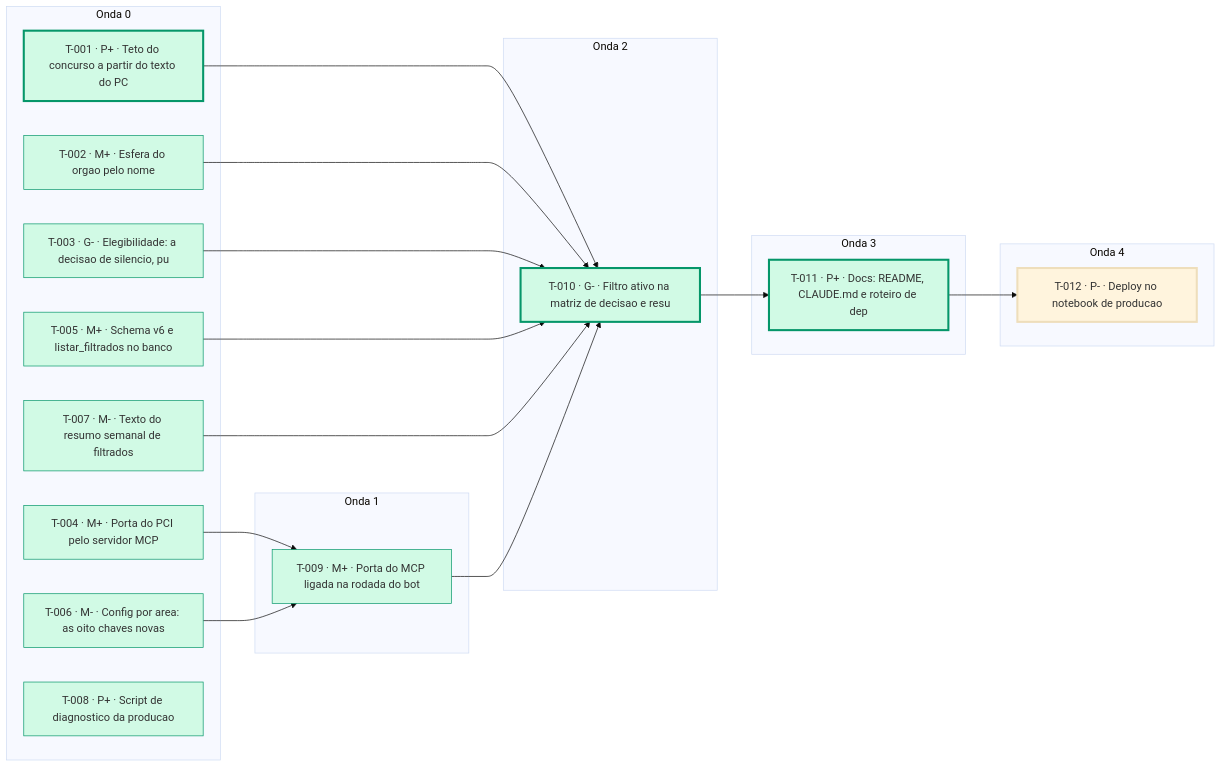
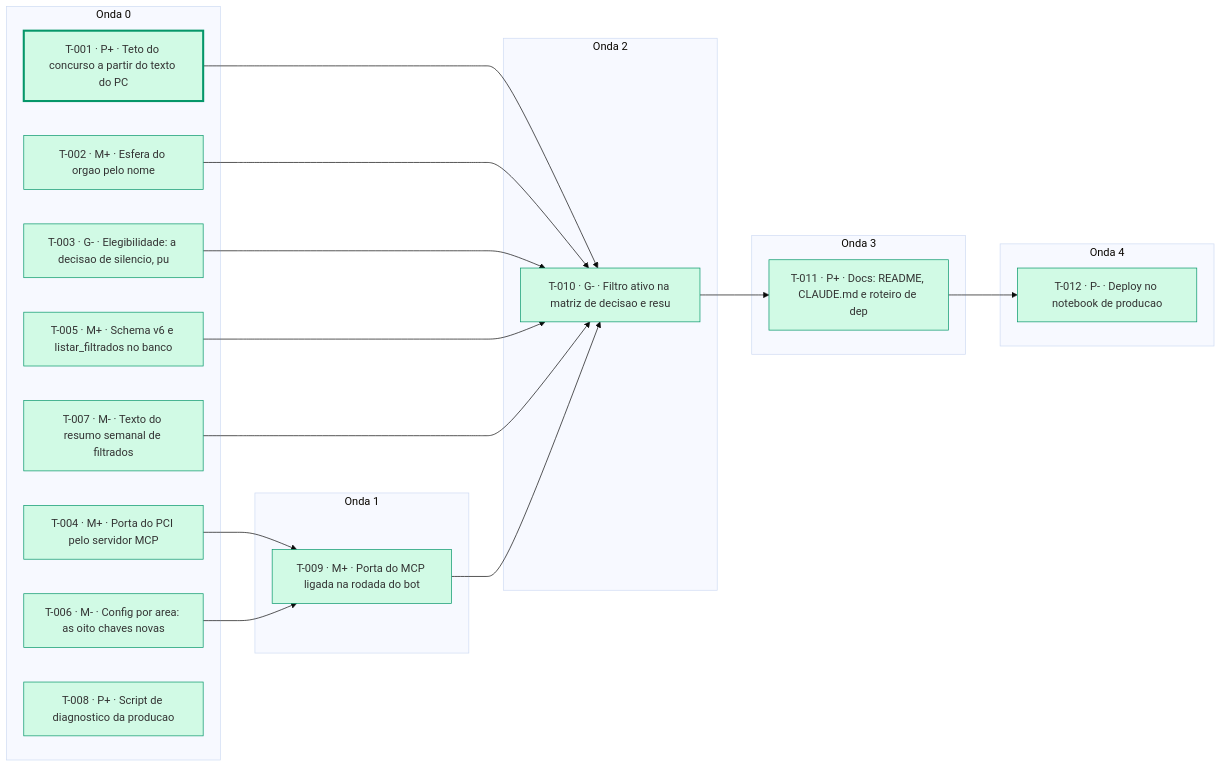
One commit to lucasmsorrentino/monitor_concursos_ti changed the diagram in kanban/MAPA.md. Above: the diagram before and after it, drawn with Mermaid (base theme). The commit also changed other lines of this file and 4 other files, not shown here.

````diff
--- a/kanban/MAPA.md
+++ b/kanban/MAPA.md
@@ -71,39 +67,39 @@
 ```mermaid
 graph LR
   subgraph O0["Onda 0"]
     T001["T-001 · P+ · Teto do concurso a partir do texto do PC"]
     T002["T-002 · M+ · Esfera do orgao pelo nome"]
     T003["T-003 · G- · Elegibilidade: a decisao de silencio, pu"]
     T004["T-004 · M+ · Porta do PCI pelo servidor MCP"]
     T005["T-005 · M+ · Schema v6 e listar_filtrados no banco"]
     T006["T-006 · M- · Config por area: as oito chaves novas"]
     T007["T-007 · M- · Texto do resumo semanal de filtrados"]
     T008["T-008 · P+ · Script de diagnostico da producao"]
   end
   subgraph O1["Onda 1"]
     T009["T-009 · M+ · Porta do MCP ligada na rodada do bot"]
   end
   subgraph O2["Onda 2"]
     T010["T-010 · G- · Filtro ativo na matriz de decisao e resu"]
   end
   subgraph O3["Onda 3"]
     T011["T-011 · P+ · Docs: README, CLAUDE.md e roteiro de dep"]
   end
   subgraph O4["Onda 4"]
     T012["T-012 · P- · Deploy no notebook de producao"]
   end
   T004 --> T009
   T006 --> T009
   T001 --> T010
   T002 --> T010
   T003 --> T010
   T005 --> T010
   T007 --> T010
   T009 --> T010
   T010 --> T011
   T011 --> T012
   classDef integrado fill:#d1fae5,stroke:#059669
-  class T001,T002,T003,T004,T005,T006,T007,T008,T009,T010,T011 integrado
+  class T001,T002,T003,T004,T005,T006,T007,T008,T009,T010,T011,T012 integrado
   classDef critico stroke-width:3px
-  class T001,T010,T011,T012 critico
+  class T001 critico
 ```
````
